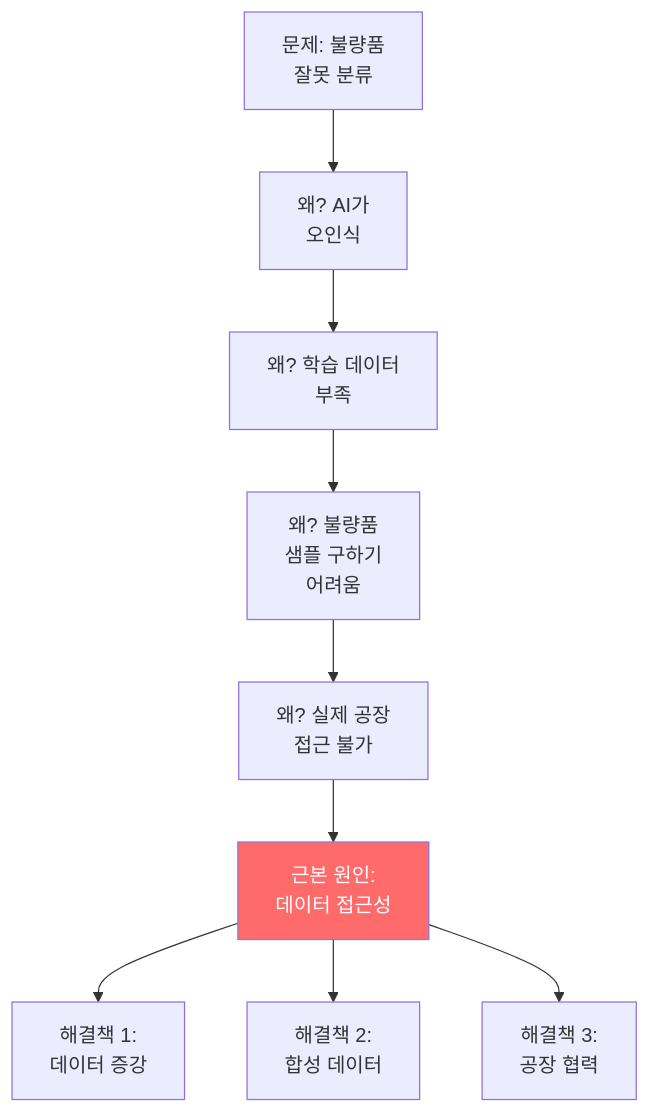
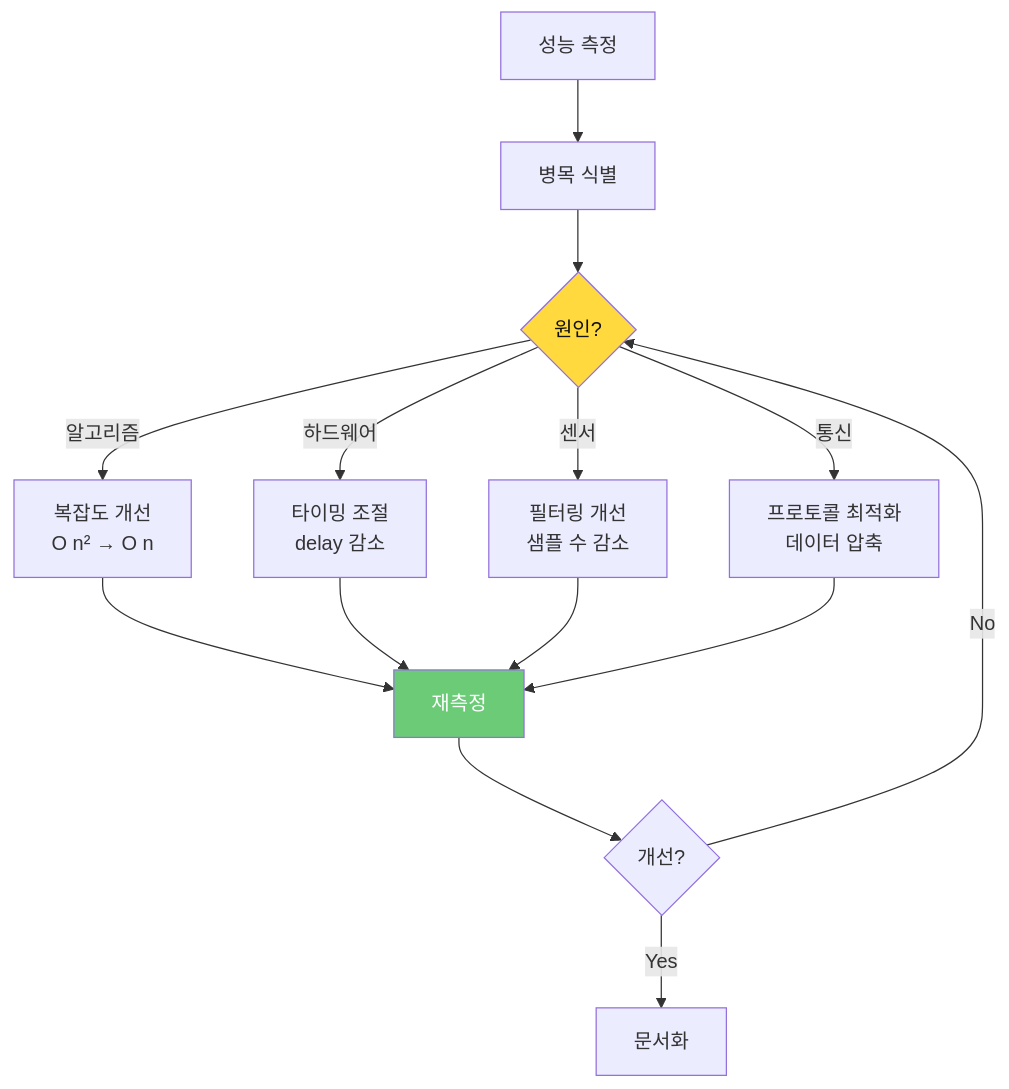
One commit to Collegenie-X/Smart_Factory_Arms_Project changed the eighth of 10 diagrams in docs/03_바이브_코딩_가이드.md. Above: the diagram before and after it, drawn with Mermaid. The commit also changed other lines of this file and 17 other files, not shown here.

````diff
--- a/docs/03_바이브_코딩_가이드.md
+++ b/docs/03_바이브_코딩_가이드.md
@@ -423,18 +551,22 @@
 ```mermaid
 graph TD
-    START[문제: 불량품<br/>잘못 분류] --> WHY1[왜? AI가<br/>오인식]
+    MEASURE[성능 측정] --> IDENTIFY[병목 식별]
+    IDENTIFY --> ANALYZE{원인?}
     
-    WHY1 --> WHY2[왜? 학습 데이터<br/>부족]
+    ANALYZE -->|알고리즘| OPT1[복잡도 개선<br/>O n² → O n]
+    ANALYZE -->|하드웨어| OPT2[타이밍 조절<br/>delay 감소]
+    ANALYZE -->|센서| OPT3[필터링 개선<br/>샘플 수 감소]
+    ANALYZE -->|통신| OPT4[프로토콜 최적화<br/>데이터 압축]
     
-    WHY2 --> WHY3[왜? 불량품<br/>샘플 구하기<br/>어려움]
+    OPT1 --> TEST[재측정]
+    OPT2 --> TEST
+    OPT3 --> TEST
+    OPT4 --> TEST
     
-    WHY3 --> WHY4[왜? 실제 공장<br/>접근 불가]
+    TEST --> CHECK{개선?}
+    CHECK -->|No| ANALYZE
+    CHECK -->|Yes| DOC[문서화]
     
-    WHY4 --> ROOT[근본 원인:<br/>데이터 접근성]
-    
-    ROOT --> SOL1[해결책 1:<br/>데이터 증강]
-    ROOT --> SOL2[해결책 2:<br/>합성 데이터]
-    ROOT --> SOL3[해결책 3:<br/>공장 협력]
-    
-    style ROOT fill:#FF6B6B,color:#fff
+    style ANALYZE fill:#FFD93D,color:#111
+    style TEST fill:#6BCB77,color:#fff
 ```
````
